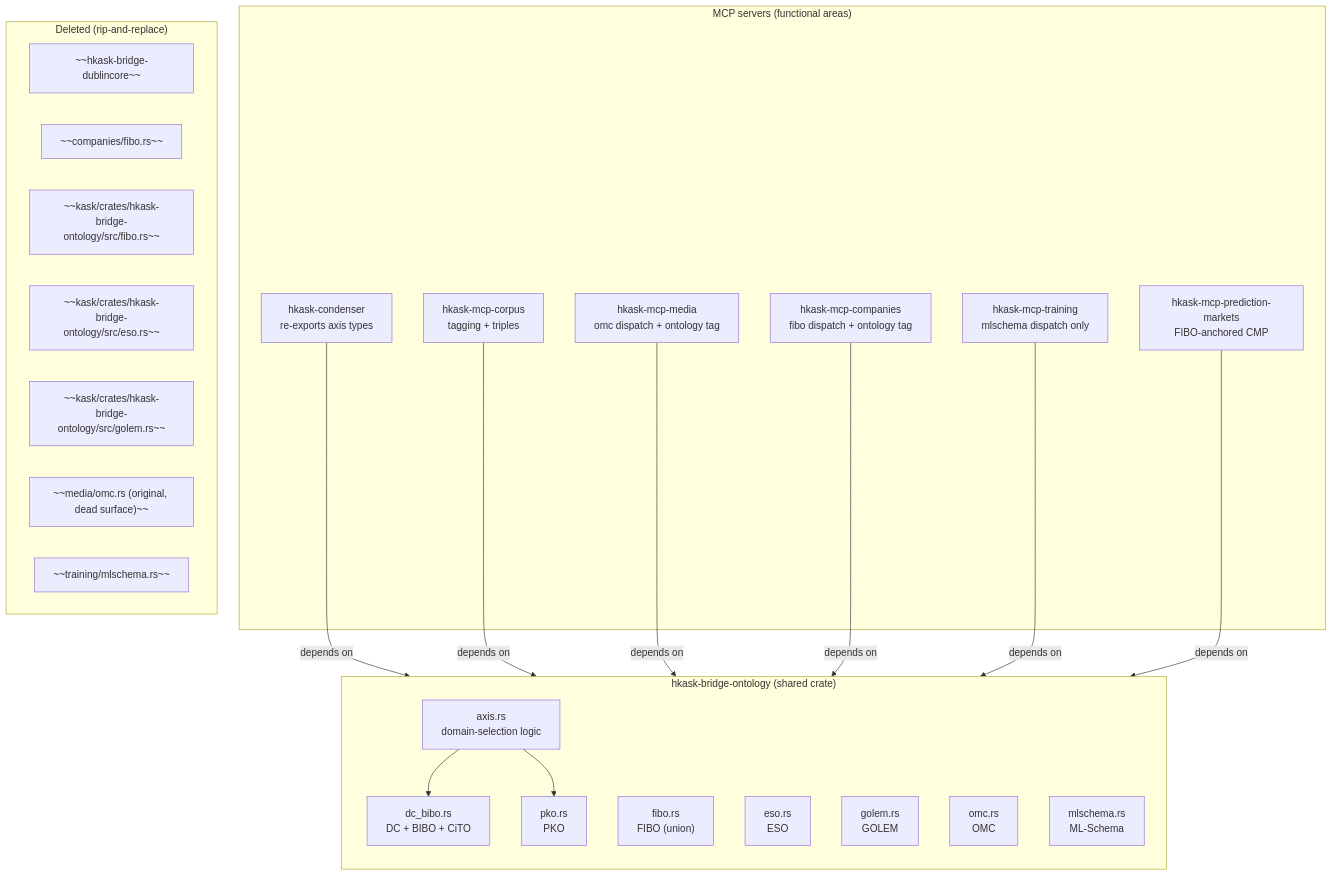
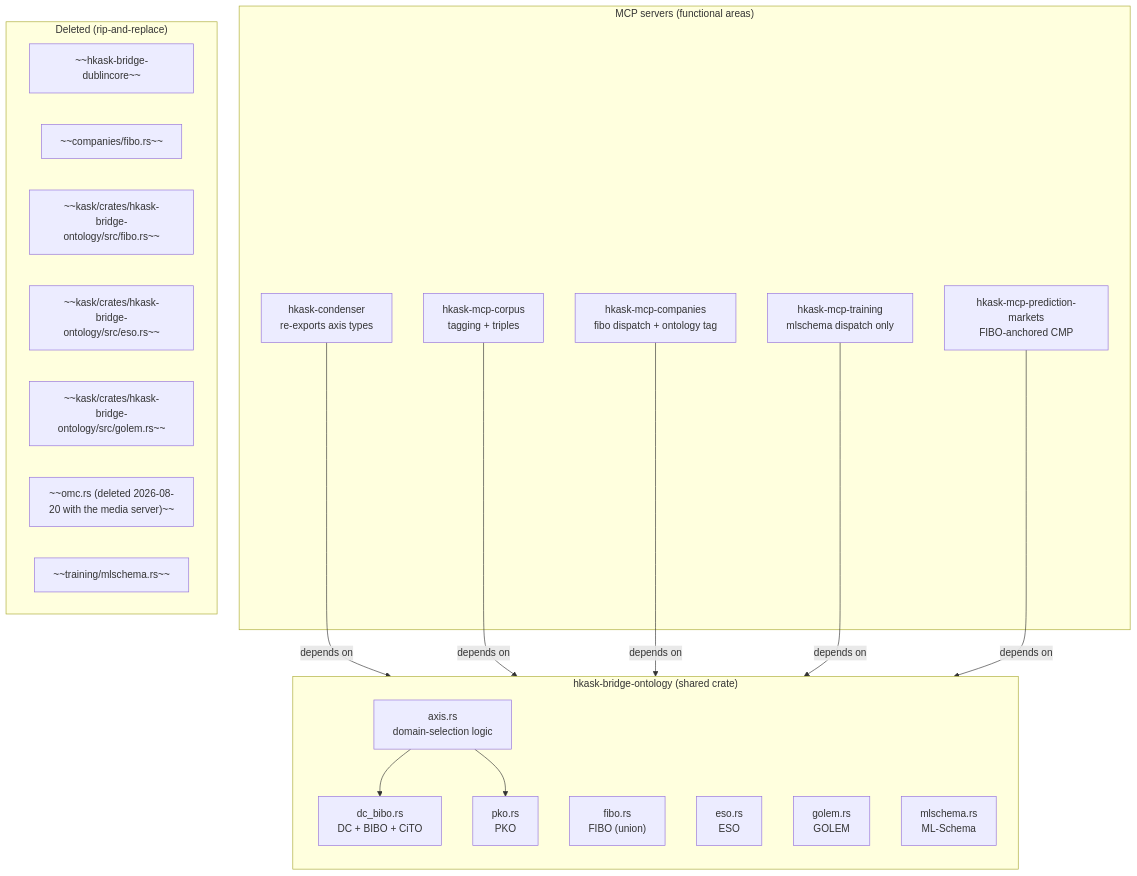
Before and after one commit to mdz-axo/zed-kask: the first of 2 diagrams in kask/docs/diagrams/architecture-ontology-bridge.md, drawn with Mermaid. The commit also changed other lines of this file and 22 other files, not shown here.

Commit message:
``` Remove OMC ontology and media widget, add condenser axis ```

````diff
--- a/kask/docs/diagrams/architecture-ontology-bridge.md
+++ b/kask/docs/diagrams/architecture-ontology-bridge.md
@@ -19,42 +19,39 @@
 ```mermaid
 graph TD
     subgraph shared["hkask-bridge-ontology (shared crate)"]
         direction TB
         axis["axis.rs<br/>domain-selection logic"]
         dc_bibo["dc_bibo.rs<br/>DC + BIBO + CiTO"]
         pko["pko.rs<br/>PKO"]
         fibo["fibo.rs<br/>FIBO (union)"]
         eso["eso.rs<br/>ESO"]
         golem["golem.rs<br/>GOLEM"]
-        omc["omc.rs<br/>OMC"]
         mlschema["mlschema.rs<br/>ML-Schema"]
         axis --> dc_bibo
         axis --> pko
     end
 
     subgraph servers["MCP servers (functional areas)"]
         condenser["hkask-condenser<br/>re-exports axis types"]
         corpus["hkask-mcp-corpus<br/>tagging + triples"]
-        media["hkask-mcp-media<br/>omc dispatch + ontology tag"]
         companies["hkask-mcp-companies<br/>fibo dispatch + ontology tag"]
         training["hkask-mcp-training<br/>mlschema dispatch only"]
         pm["hkask-mcp-prediction-markets<br/>FIBO-anchored CMP"]
     end
 
     condenser -->|"depends on"| shared
     corpus -->|"depends on"| shared
-    media -->|"depends on"| shared
     companies -->|"depends on"| shared
     training -->|"depends on"| shared
     pm -->|"depends on"| shared
 
     subgraph deleted["Deleted (rip-and-replace)"]
         old_dc["~~hkask-bridge-dublincore~~"]
         old_fibo_co["~~companies/fibo.rs~~"]
         old_fibo_cu["~~kask/crates/hkask-bridge-ontology/src/fibo.rs~~"]
         old_eso["~~kask/crates/hkask-bridge-ontology/src/eso.rs~~"]
         old_golem["~~kask/crates/hkask-bridge-ontology/src/golem.rs~~"]
-        old_omc["~~media/omc.rs (original, dead surface)~~"]
+        old_omc["~~omc.rs (deleted 2026-08-20 with the media server)~~"]
         old_ml["~~training/mlschema.rs~~"]
     end
 ```
````
